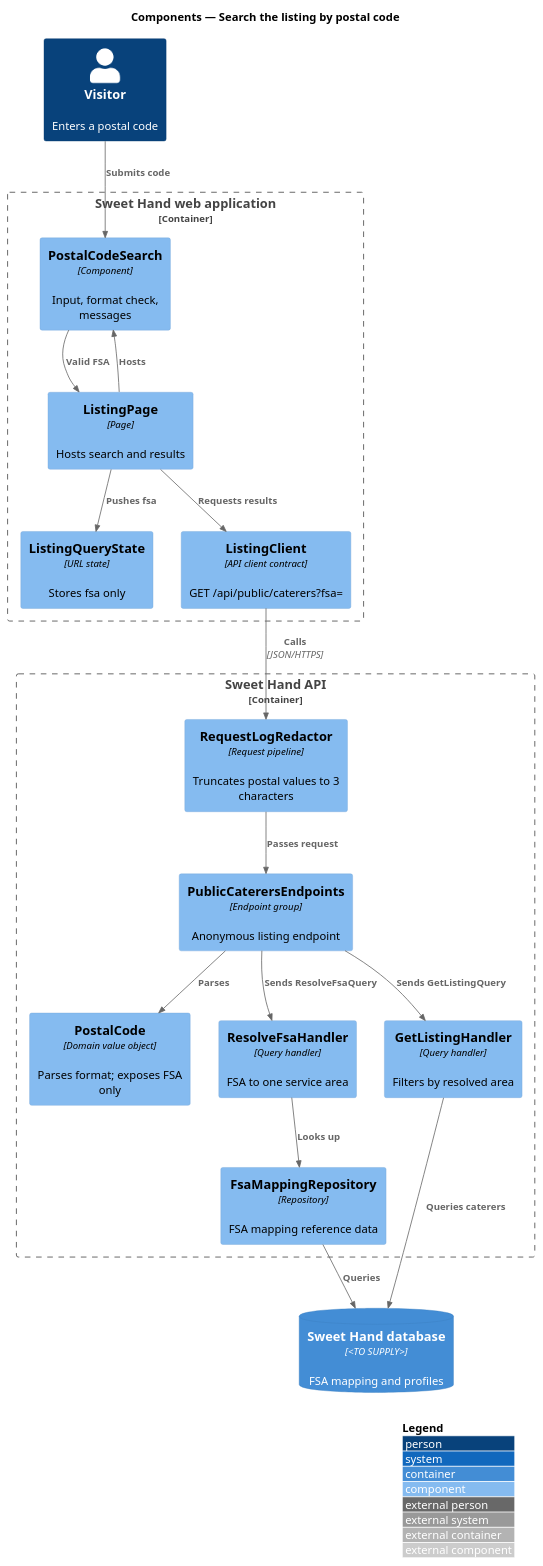
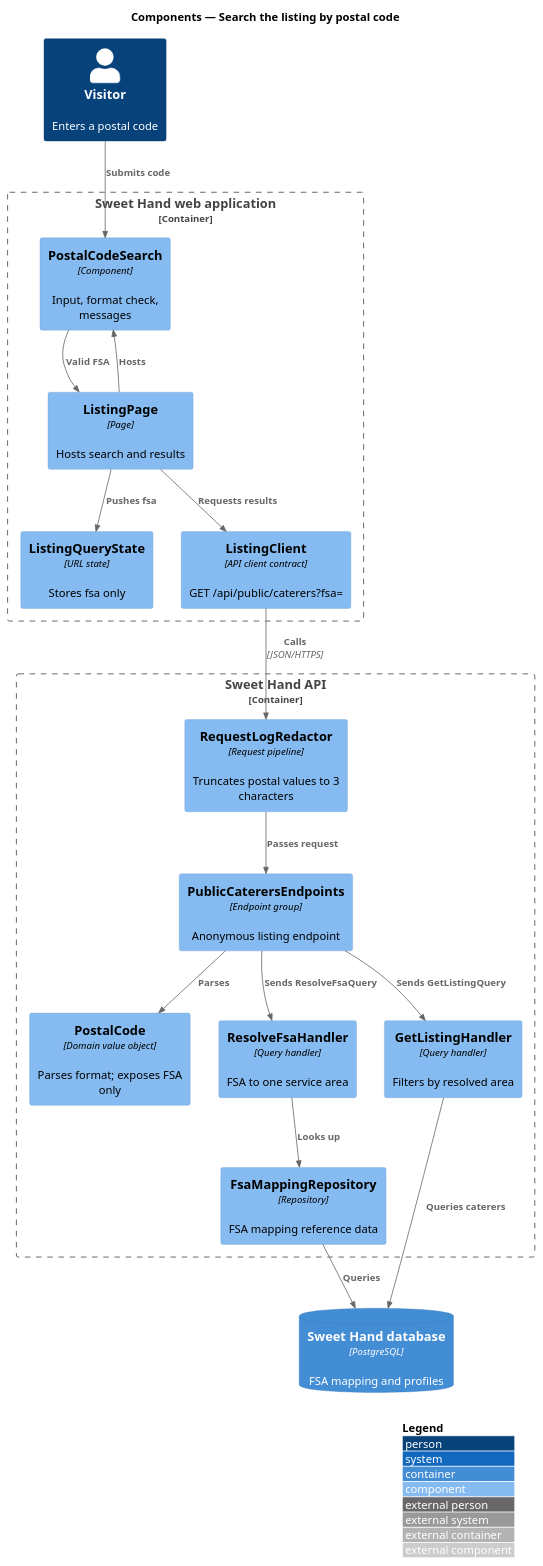
Before and after one commit to QuinntyneBrown/sweet-hand: the diagram in docs/detailed-designs/discovery/search-by-postal-code/diagrams/c4-component.puml, drawn with PlantUML. The commit also changed 32 other files, not shown here.

```diff
--- a/docs/detailed-designs/discovery/search-by-postal-code/diagrams/c4-component.puml
+++ b/docs/detailed-designs/discovery/search-by-postal-code/diagrams/c4-component.puml
@@ -1,36 +1,36 @@
 @startuml
 !include <C4/C4_Component>
 LAYOUT_WITH_LEGEND()
 title Components — Search the listing by postal code
 
 Person(visitor, "Visitor", "Enters a postal code")
 Container_Boundary(web, "Sweet Hand web application") {
   Component(search, "PostalCodeSearch", "Component", "Input, format check, messages")
   Component(page, "ListingPage", "Page", "Hosts search and results")
   Component(state, "ListingQueryState", "URL state", "Stores fsa only")
   Component(client, "ListingClient", "API client contract", "GET /api/public/caterers?fsa=")
 }
 Container_Boundary(api, "Sweet Hand API") {
   Component(redactor, "RequestLogRedactor", "Request pipeline", "Truncates postal values to 3 characters")
   Component(endpoints, "PublicCaterersEndpoints", "Endpoint group", "Anonymous listing endpoint")
   Component(postal, "PostalCode", "Domain value object", "Parses format; exposes FSA only")
   Component(resolve, "ResolveFsaHandler", "Query handler", "FSA to one service area")
   Component(handler, "GetListingHandler", "Query handler", "Filters by resolved area")
   Component(fsaRepo, "FsaMappingRepository", "Repository", "FSA mapping reference data")
 }
-ContainerDb(db, "Sweet Hand database", "<TO SUPPLY>", "FSA mapping and profiles")
+ContainerDb(db, "Sweet Hand database", "PostgreSQL", "FSA mapping and profiles")
 
 Rel(visitor, search, "Submits code")
 Rel(page, search, "Hosts")
 Rel(search, page, "Valid FSA")
 Rel(page, state, "Pushes fsa")
 Rel(page, client, "Requests results")
 Rel(client, redactor, "Calls", "JSON/HTTPS")
 Rel(redactor, endpoints, "Passes request")
 Rel(endpoints, postal, "Parses")
 Rel(endpoints, resolve, "Sends ResolveFsaQuery")
 Rel(resolve, fsaRepo, "Looks up")
 Rel(endpoints, handler, "Sends GetListingQuery")
 Rel(fsaRepo, db, "Queries")
 Rel(handler, db, "Queries caterers")
 @enduml
```
